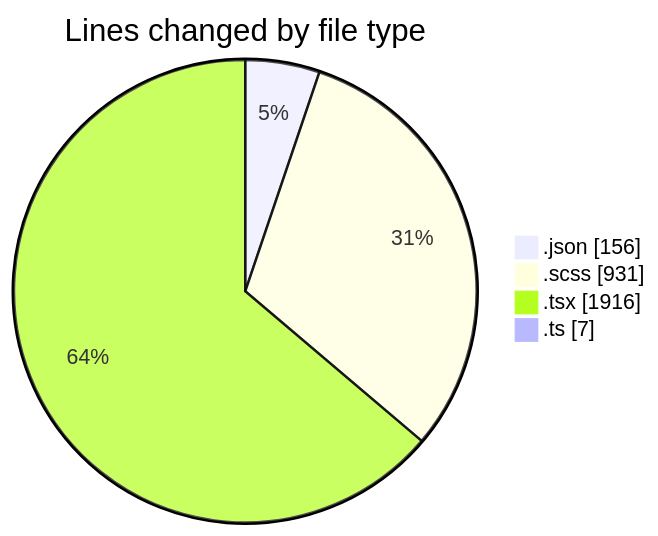
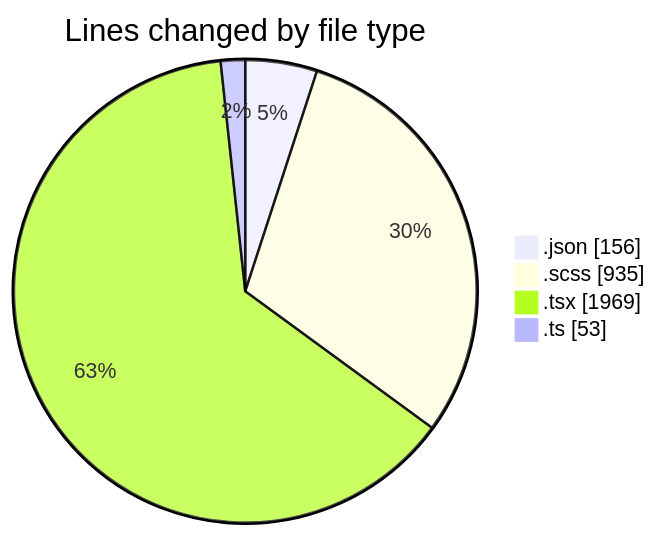
The first of 2 diagrams in 2026-02-17/cda/README.md (momahboobian/code-tracking), drawn with Mermaid before and after one commit. The commit also changed other lines of this file and 1 other file, not shown here.

````diff
--- a/2026-02-17/cda/README.md
+++ b/2026-02-17/cda/README.md
@@ -29,8 +30,8 @@
 ```mermaid
 pie showData
 title Lines changed by file type
 ".json" : 156
-".scss" : 931
-".tsx" : 1916
-".ts" : 7
+".scss" : 935
+".tsx" : 1969
+".ts" : 53
 ```
````
